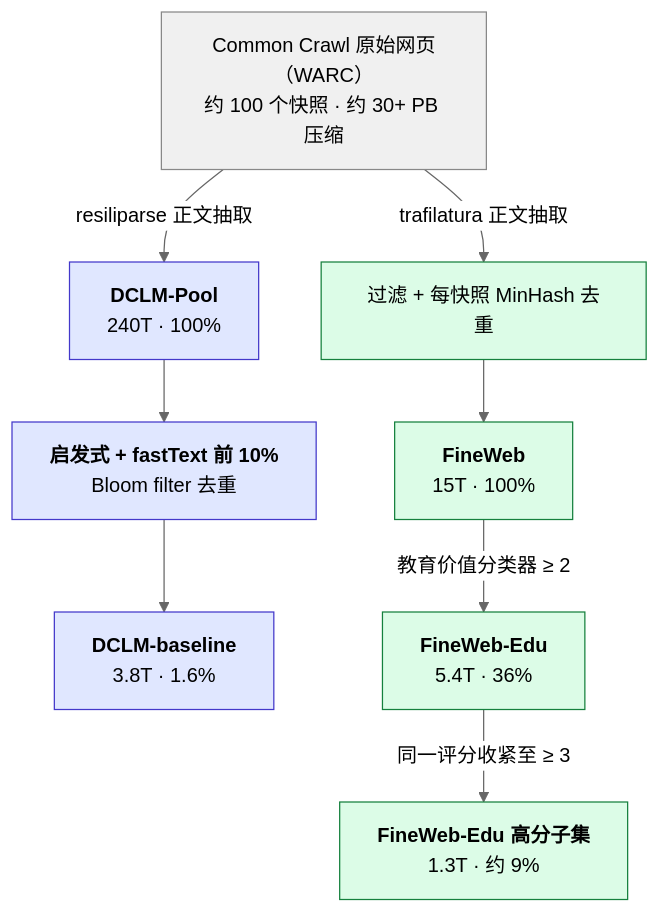
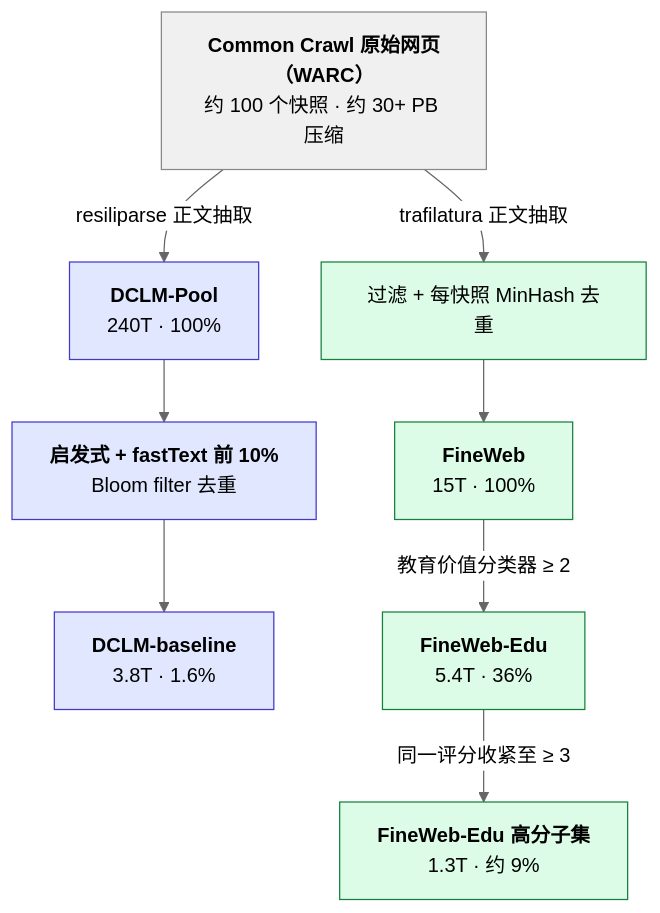
The first of 2 diagrams in _posts/2026-04-12-pretraining-data-pipeline-dedup-filtering-and-mixture.md (arganzheng/arganzheng.github.com), drawn with Mermaid (neutral theme) before and after one commit. The commit also changed 6 other files, not shown here.

First line of the commit message:
Mermaid：五个框标题漏加粗、五张图的图注写法不对

````diff
--- a/_posts/2026-04-12-pretraining-data-pipeline-dedup-filtering-and-mixture.md
+++ b/_posts/2026-04-12-pretraining-data-pipeline-dedup-filtering-and-mixture.md
@@ -25,19 +25,19 @@
 ```mermaid
 %% 图：Common Crawl 到 DCLM / FineWeb 的两条分支与量级
 flowchart TB
-    CC["Common Crawl 原始网页（WARC）<br/>约 100 个快照 · 约 30+ PB 压缩"]
+    CC["<b>Common Crawl 原始网页（WARC）</b><br/>约 100 个快照 · 约 30+ PB 压缩"]
     CC -->|resiliparse 正文抽取| DP["<b>DCLM-Pool</b><br/>240T · 100%"]
     CC -->|trafilatura 正文抽取| FH["过滤 + 每快照 MinHash 去重"]
     DP --> DF["<b>启发式 + fastText 前 10%</b><br/>Bloom filter 去重"]
     DF --> DB["<b>DCLM-baseline</b><br/>3.8T · 1.6%"]
     FH --> FW["<b>FineWeb</b><br/>15T · 100%"]
     FW -->|教育价值分类器 ≥ 2| E2["<b>FineWeb-Edu</b><br/>5.4T · 36%"]
     E2 -->|同一评分收紧至 ≥ 3| E3["<b>FineWeb-Edu 高分子集</b><br/>1.3T · 约 9%"]
 
     classDef base fill:#f0f0f0,stroke:#888;
     classDef dclm fill:#e0e7ff,stroke:#4338ca;
     classDef fineweb fill:#dcfce7,stroke:#15803d;
     class CC base;
     class DP,DF,DB dclm;
     class FH,FW,E2,E3 fineweb;
 ```
````
